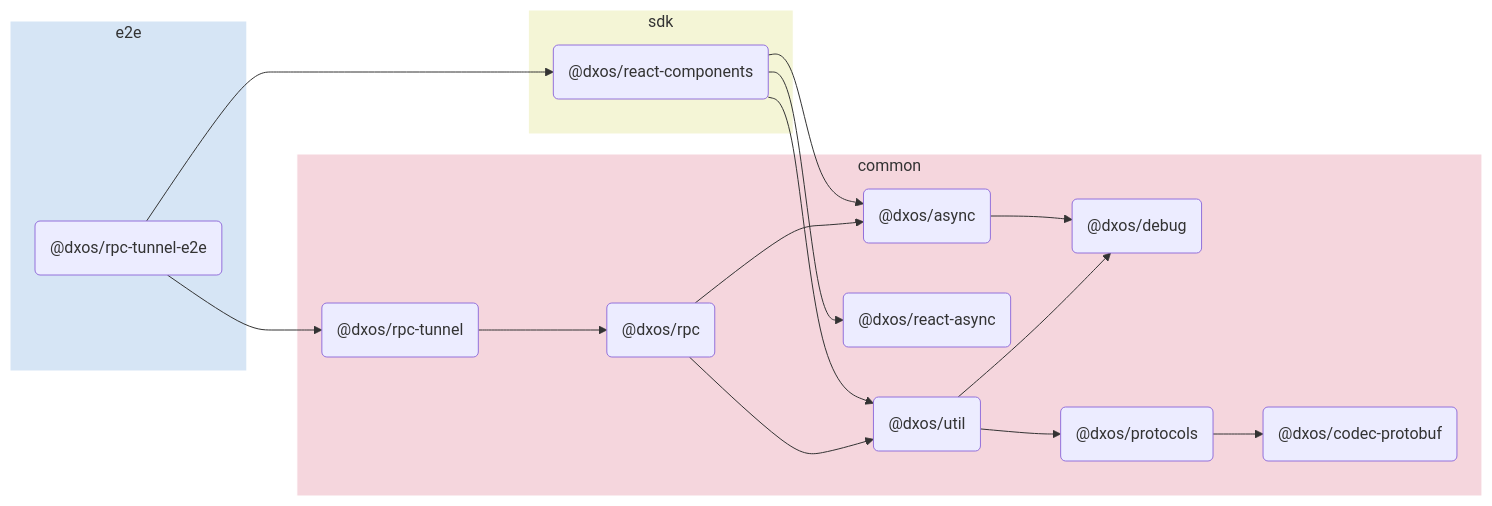
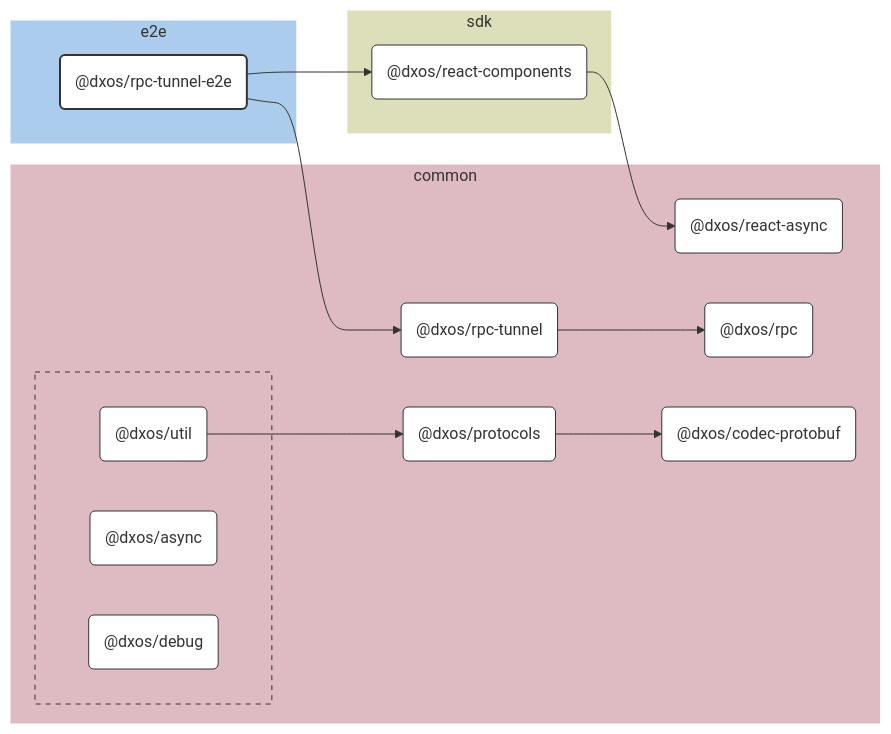
The diagram in e2e/rpc-tunnel/docs/README.md (dxos/dxos), drawn with Mermaid before and after one commit. The commit also changed other lines of this file and 109 other files, not shown here.

````diff
--- a/e2e/rpc-tunnel/docs/README.md
+++ b/e2e/rpc-tunnel/docs/README.md
@@ -5,38 +7,73 @@
 ```mermaid
-flowchart LR;
+%%{ init: {'flowchart':{'curve':'basis'}} }%%
 
+flowchart LR
+
+%% Links
+dxos/protocols --> dxos/codec-protobuf;
+dxos/react-components --> dxos/react-async;
+dxos/rpc-tunnel --> dxos/rpc;
+dxos/rpc-tunnel-e2e --> dxos/react-components;
+dxos/rpc-tunnel-e2e --> dxos/rpc-tunnel;
+dxos/util --> dxos/protocols;
+
+%% Sections
 subgraph e2e
-  style e2e fill:#d6e5f5,stroke:#fff;
-  dxos/rpc-tunnel-e2e("@dxos/rpc-tunnel-e2e");
+  style e2e fill:#abcced,stroke:#fff;
+
+  dxos/rpc-tunnel-e2e("@dxos/rpc-tunnel-e2e")
 end
 
 subgraph common
-  style common fill:#f5d6dd,stroke:#fff;
-  dxos/async("@dxos/async");
-  dxos/debug("@dxos/debug");
-  dxos/codec-protobuf("@dxos/codec-protobuf");
-  dxos/protocols("@dxos/protocols");
-  dxos/react-async("@dxos/react-async");
-  dxos/util("@dxos/util");
-  dxos/rpc("@dxos/rpc");
-  dxos/rpc-tunnel("@dxos/rpc-tunnel");
+  style common fill:#debac2,stroke:#fff;
+
+  dxos/codec-protobuf("@dxos/codec-protobuf")
+  dxos/protocols("@dxos/protocols")
+  dxos/react-async("@dxos/react-async")
+  dxos/rpc("@dxos/rpc")
+  dxos/rpc-tunnel("@dxos/rpc-tunnel")
+
+  subgraph common-excluded [ ]
+    style common-excluded fill:#debac2,stroke:#333,stroke-dasharray:5 5;
+
+    dxos/async("@dxos/async")
+    dxos/debug("@dxos/debug")
+    dxos/util("@dxos/util")
+  end
 end
 
 subgraph sdk
-  style sdk fill:#f4f5d6,stroke:#fff;
-  dxos/react-components("@dxos/react-components");
+  style sdk fill:#dddeba,stroke:#fff;
+
+  dxos/react-components("@dxos/react-components")
 end
 
-dxos/async --> dxos/debug;
-dxos/protocols --> dxos/codec-protobuf;
-dxos/rpc-tunnel-e2e --> dxos/react-components;
-dxos/react-components --> dxos/async;
-dxos/react-components --> dxos/react-async;
-dxos/react-components --> dxos/util;
-dxos/util --> dxos/debug;
-dxos/util --> dxos/protocols;
-dxos/rpc --> dxos/async;
-dxos/rpc --> dxos/util;
-dxos/rpc-tunnel-e2e --> dxos/rpc-tunnel;
-dxos/rpc-tunnel --> dxos/rpc;
+
+%% Hyperlinks
+click dxos/async href "https:/github.com/dxos/dxos/tree/main/packages/common/async/docs";
+click dxos/codec-protobuf href "https:/github.com/dxos/dxos/tree/main/packages/common/codec-protobuf/docs";
+click dxos/debug href "https:/github.com/dxos/dxos/tree/main/packages/common/debug/docs";
+click dxos/protocols href "https:/github.com/dxos/dxos/tree/main/packages/common/protocols/docs";
+click dxos/react-async href "https:/github.com/dxos/dxos/tree/main/packages/common/react-async/docs";
+click dxos/react-components href "https:/github.com/dxos/dxos/tree/main/packages/sdk/react-components/docs";
+click dxos/rpc href "https:/github.com/dxos/dxos/tree/main/packages/common/rpc/docs";
+click dxos/rpc-tunnel href "https:/github.com/dxos/dxos/tree/main/packages/common/rpc-tunnel/docs";
+click dxos/util href "https:/github.com/dxos/dxos/tree/main/packages/common/util/docs";
+
+%% Styles
+classDef rootNode fill:#fff,stroke:#333,stroke-width:2px
+classDef defaultNode fill:#fff,stroke:#333,stroke-width:1px
+linkStyle default stroke:#333,stroke-width:1px
+
+dxos/rpc-tunnel-e2e:::rootNode
+
+dxos/async:::defaultNode
+dxos/codec-protobuf:::defaultNode
+dxos/debug:::defaultNode
+dxos/protocols:::defaultNode
+dxos/react-async:::defaultNode
+dxos/react-components:::defaultNode
+dxos/rpc:::defaultNode
+dxos/rpc-tunnel:::defaultNode
+dxos/util:::defaultNode
 ```
````
